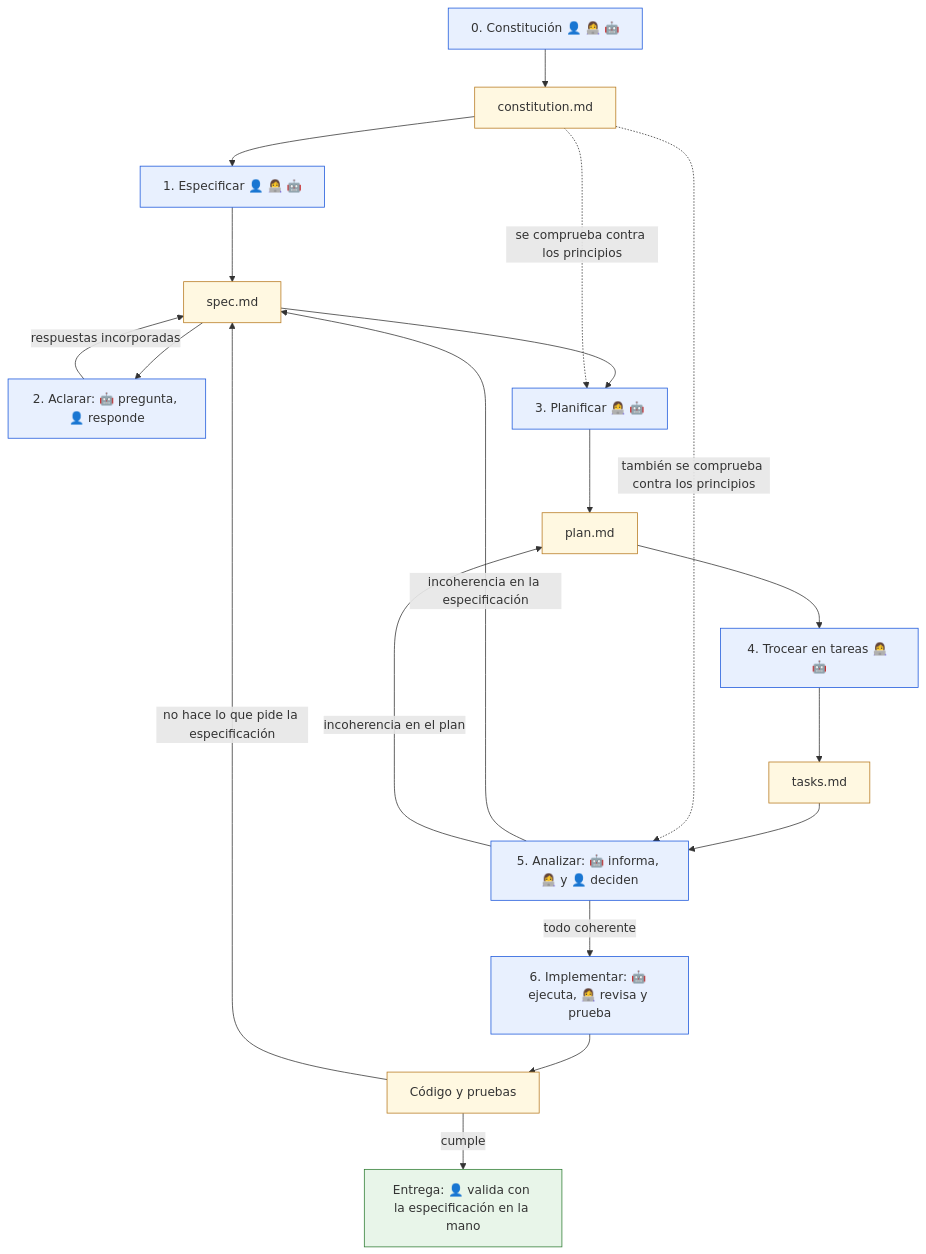
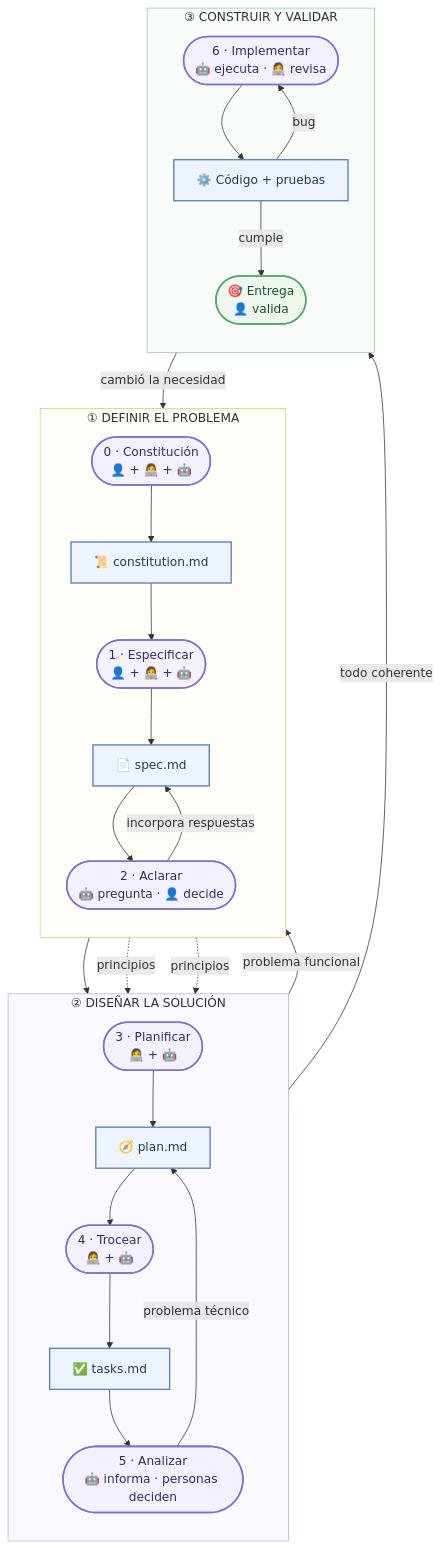
Before and after one commit to antroc/charla-sdd: the first of 2 diagrams in diagramas/02-flujo-completo-sdd.md, drawn with Mermaid. The commit also changed other lines of this file and 5 other files, not shown here.

Commit message:
Mejorar visualmente los diagramas Mermaid

````diff
--- a/diagramas/02-flujo-completo-sdd.md
+++ b/diagramas/02-flujo-completo-sdd.md
@@ -25,27 +25,52 @@
 ```mermaid
 flowchart TD
-  p0["0. Constitución 👤 👩‍💻 🤖"] --> f0["constitution.md"]
-  f0 --> p1["1. Especificar 👤 👩‍💻 🤖"]
-  p1 --> f1["spec.md"]
-  f1 --> p2["2. Aclarar: 🤖 pregunta, 👤 responde"]
-  p2 -->|"respuestas incorporadas"| f1
-  f1 --> p3["3. Planificar 👩‍💻 🤖"]
-  f0 -.->|"se comprueba contra los principios"| p3
-  p3 --> f3["plan.md"]
-  f3 --> p4["4. Trocear en tareas 👩‍💻 🤖"]
-  p4 --> f4["tasks.md"]
-  f4 --> p5["5. Analizar: 🤖 informa, 👩‍💻 y 👤 deciden"]
-  f0 -.->|"también se comprueba contra los principios"| p5
-  p5 -->|"incoherencia en la especificación"| f1
-  p5 -->|"incoherencia en el plan"| f3
-  p5 -->|"todo coherente"| p6["6. Implementar: 🤖 ejecuta, 👩‍💻 revisa y prueba"]
-  p6 --> f6["Código y pruebas"]
-  f6 -->|"no hace lo que pide la especificación"| f1
-  f6 -->|"cumple"| fin["Entrega: 👤 valida con la especificación en la mano"]
-  classDef paso fill:#E8F0FE,stroke:#1A56DB;
-  classDef fichero fill:#FFF8E1,stroke:#B7791F;
-  classDef meta fill:#E8F5E9,stroke:#2E7D32;
-  class p0,p1,p2,p3,p4,p5,p6 paso;
-  class f0,f1,f3,f4,f6 fichero;
-  class fin meta;
+  subgraph definir["① DEFINIR EL PROBLEMA"]
+    direction TB
+    p0(["0 · Constitución<br/>👤 + 👩‍💻 + 🤖"])
+    f0["📜 constitution.md"]
+    p1(["1 · Especificar<br/>👤 + 👩‍💻 + 🤖"])
+    f1["📄 spec.md"]
+    p2(["2 · Aclarar<br/>🤖 pregunta · 👤 decide"])
+    p0 --> f0 --> p1 --> f1 --> p2
+    p2 -->|"incorpora respuestas"| f1
+  end
+
+  subgraph construir["② DISEÑAR LA SOLUCIÓN"]
+    direction TB
+    p3(["3 · Planificar<br/>👩‍💻 + 🤖"])
+    f3["🧭 plan.md"]
+    p4(["4 · Trocear<br/>👩‍💻 + 🤖"])
+    f4["✅ tasks.md"]
+    p5(["5 · Analizar<br/>🤖 informa · personas deciden"])
+    p3 --> f3 --> p4 --> f4 --> p5
+  end
+
+  subgraph entregar["③ CONSTRUIR Y VALIDAR"]
+    direction TB
+    p6(["6 · Implementar<br/>🤖 ejecuta · 👩‍💻 revisa"])
+    f6["⚙️ Código + pruebas"]
+    fin(["🎯 Entrega<br/>👤 valida"])
+    p6 --> f6 -->|"cumple"| fin
+  end
+
+  f1 --> p3
+  f0 -.->|"principios"| p3
+  f0 -.->|"principios"| p5
+  p5 -->|"todo coherente"| p6
+  p5 -->|"problema funcional"| f1
+  p5 -->|"problema técnico"| f3
+  f6 -->|"cambió la necesidad"| f1
+  f6 -->|"bug"| p6
+
+  classDef step fill:#F4F1FF,stroke:#8172C9,stroke-width:2px,color:#352D65;
+  classDef file fill:#EEF4FF,stroke:#5D83B3,stroke-width:1.8px,color:#203A59;
+  classDef success fill:#ECF8EE,stroke:#55A868,stroke-width:2px,color:#214F2A;
+
+  class p0,p1,p2,p3,p4,p5,p6 step;
+  class f0,f1,f3,f4,f6 file;
+  class fin success;
+
+  style definir fill:#FFFDF7,stroke:#E2C87A,stroke-width:1px
+  style construir fill:#FAF9FF,stroke:#B8AFE3,stroke-width:1px
+  style entregar fill:#F7FCF8,stroke:#9BC7A5,stroke-width:1px
 ```
````
